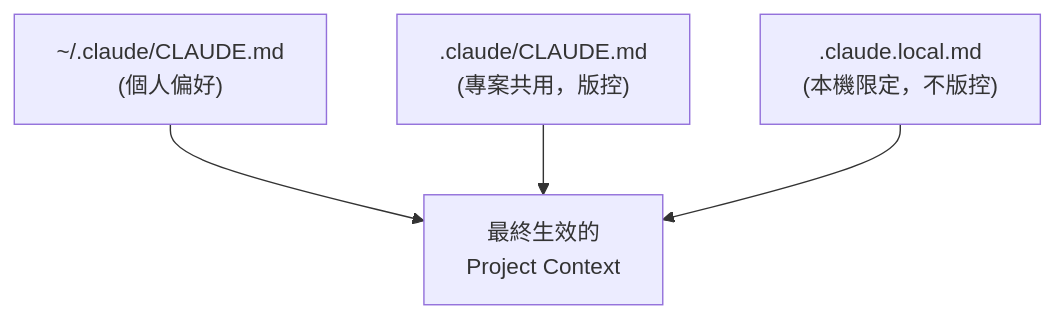
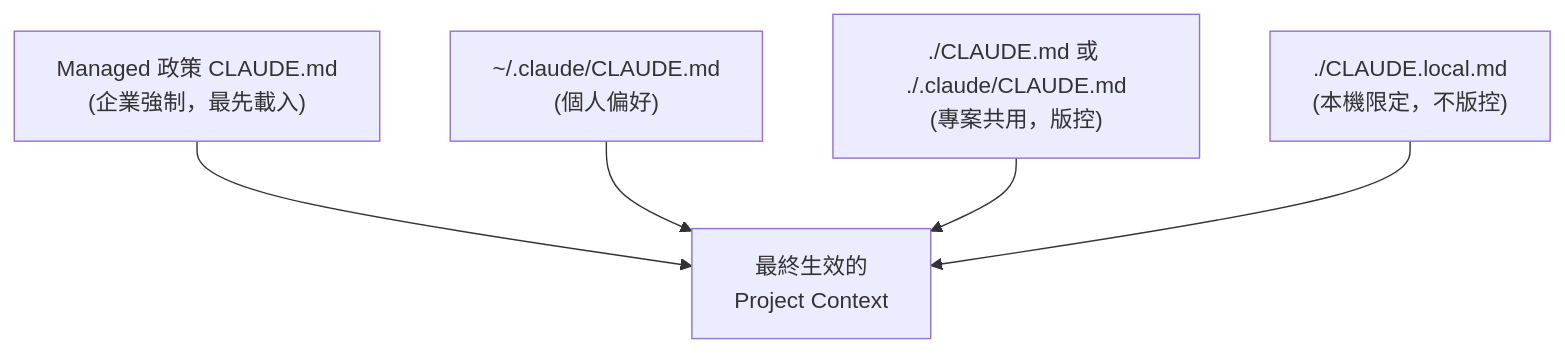
One commit to chihhung/Blog changed diagram 14 of 33 in content/posts/教學/AI開發/claude code cli 教學手冊.md. Above: the diagram before and after it, drawn with Mermaid. The commit also changed other lines of this file and 1 other file, not shown here.

````diff
--- a/content/posts/教學/AI開發/claude code cli 教學手冊.md
+++ b/content/posts/教學/AI開發/claude code cli 教學手冊.md
@@ -1000,6 +1242,7 @@
 ```mermaid
 graph TD
-    User["~/.claude/CLAUDE.md<br/>(個人偏好)"] --> Effective["最終生效的<br/>Project Context"]
-    Project[".claude/CLAUDE.md<br/>(專案共用，版控)"] --> Effective
-    Local[".claude.local.md<br/>(本機限定，不版控)"] --> Effective
+    Managed["Managed 政策 CLAUDE.md<br/>(企業強制，最先載入)"] --> Effective["最終生效的<br/>Project Context"]
+    User["~/.claude/CLAUDE.md<br/>(個人偏好)"] --> Effective
+    Project["./CLAUDE.md 或 ./.claude/CLAUDE.md<br/>(專案共用，版控)"] --> Effective
+    Local["./CLAUDE.local.md<br/>(本機限定，不版控)"] --> Effective
 ```
````
